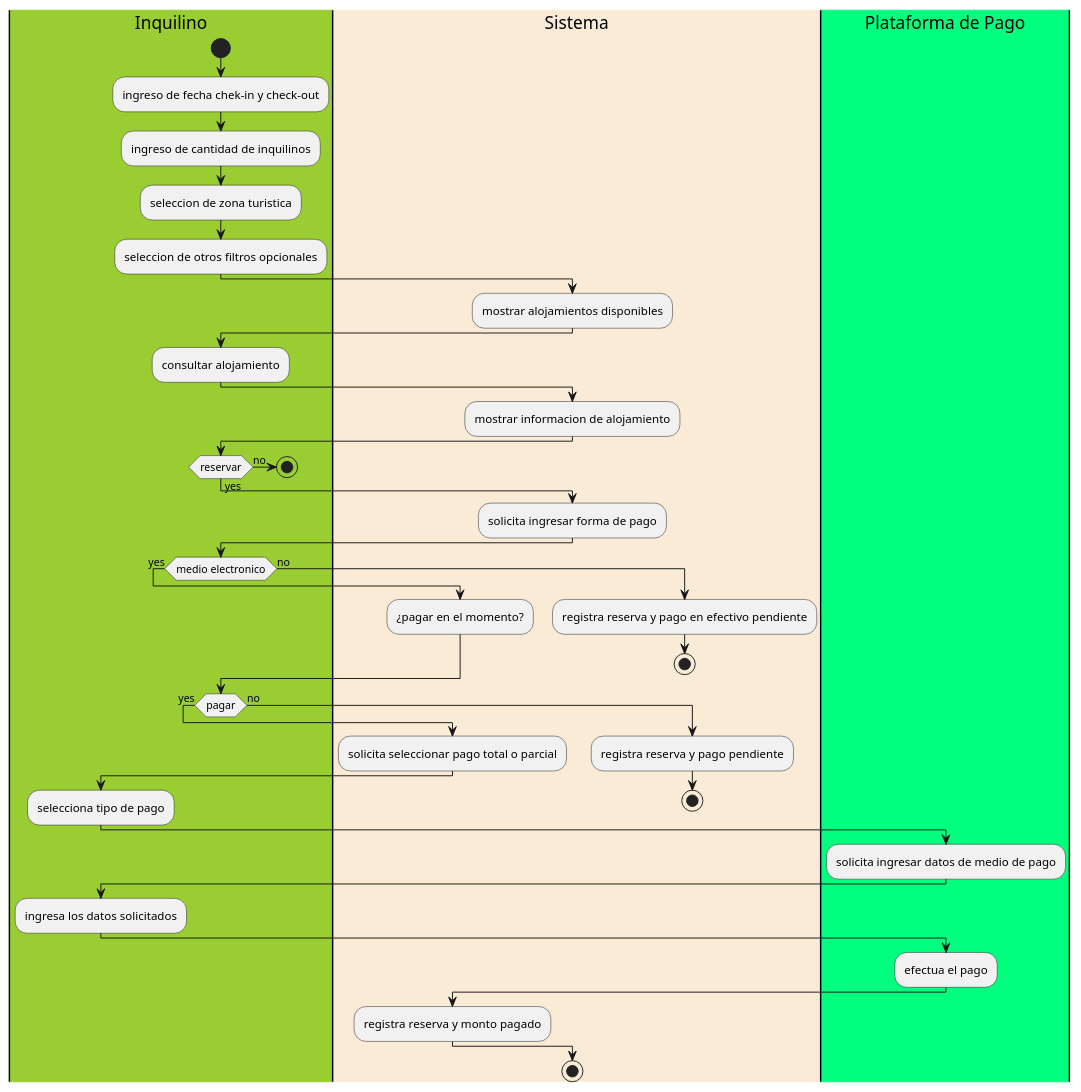
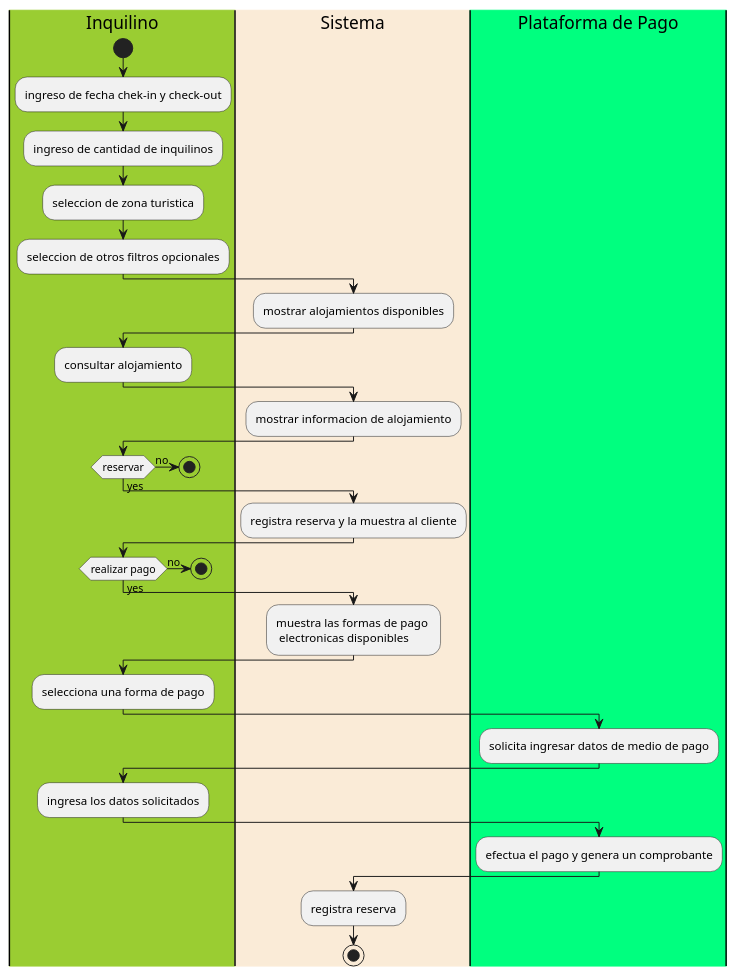
One commit to franciscolmos/IS1-EasyHome changed the diagram in Diagrama_Actividades/Diagrama_actividades_buscar_y_reservar_alojamiento.puml. Above: the diagram before and after it, drawn with PlantUML. The commit also changed 15 other files, not shown here.

Commit message:
[ADDED] varios diagramas nuevos e imagendes de los mismos

```diff
--- a/Diagrama_Actividades/Diagrama_actividades_buscar_y_reservar_alojamiento.puml
+++ b/Diagrama_Actividades/Diagrama_actividades_buscar_y_reservar_alojamiento.puml
@@ -1,55 +1,44 @@
 @startuml Diagrama_actividades_reservar_alojamiento
 
 |#YellowGreen|Inquilino|
 start
 :ingreso de fecha chek-in y check-out;
 :ingreso de cantidad de inquilinos;
 :seleccion de zona turistica;
 :seleccion de otros filtros opcionales;
 
 |#AntiqueWhite|Sistema|
 :mostrar alojamientos disponibles;
 
 |#YellowGreen|Inquilino|
 :consultar alojamiento;
 
 |#AntiqueWhite|Sistema|
 :mostrar informacion de alojamiento;
 
 |#YellowGreen|Inquilino|
 if (reservar) then (yes)
     |#AntiqueWhite|Sistema|
-    :solicita ingresar forma de pago;
+    :registra reserva y la muestra al cliente;
     |#YellowGreen|Inquilino|
 else(no)
     stop
 endif
-if (medio electronico) then (yes)
+if (realizar pago) then (yes)
     |#AntiqueWhite|Sistema|
-    :¿pagar en el momento?;
+    :muestra las formas de pago \n electronicas disponibles;
+    |#YellowGreen|Inquilino|
 else(no)
-    |#AntiqueWhite|Sistema|
-    :registra reserva y pago en efectivo pendiente;
     stop
 endif
-|#YellowGreen|Inquilino|
-if (pagar) then (yes)
-    |#AntiqueWhite|Sistema|
-    :solicita seleccionar pago total o parcial;
-    |#YellowGreen|Inquilino|
-    :selecciona tipo de pago;
+    :selecciona una forma de pago;
     |#SpringGreen|Plataforma de Pago|
     :solicita ingresar datos de medio de pago;
     |#YellowGreen|Inquilino|
     :ingresa los datos solicitados;
     |#SpringGreen|Plataforma de Pago|
-    :efectua el pago;
-    |#YellowGreen|Sistema|
-    :registra reserva y monto pagado;
-else(no)
+    :efectua el pago y genera un comprobante;
     |#AntiqueWhite|Sistema|
-    :registra reserva y pago pendiente;
-    stop
-endif
+    :registra reserva;
 stop
 @enduml
```
